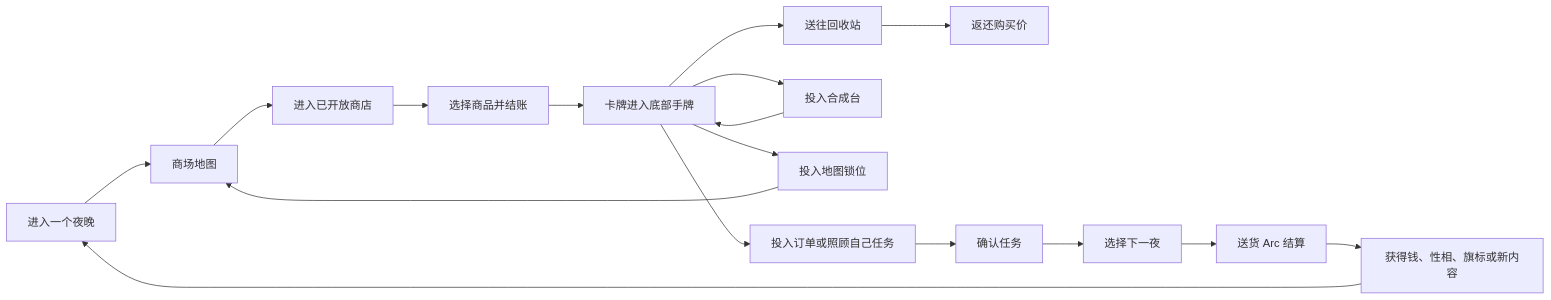
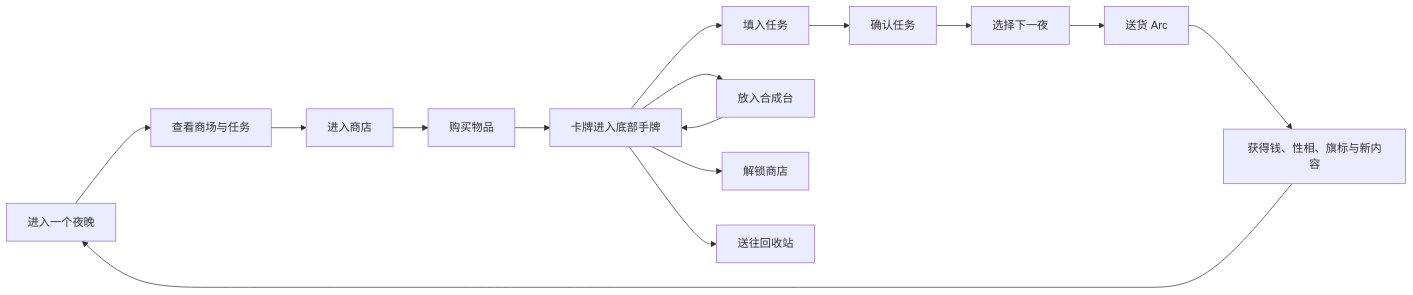
Before and after one commit to kmj-hamster/shopping: the diagram in docs/game-feature-design.md, drawn with Mermaid. The commit also changed other lines of this file, not shown here.

````diff
--- a/docs/game-feature-design.md
+++ b/docs/game-feature-design.md
@@ -23,19 +21,17 @@
 ```mermaid
 flowchart LR
-    A["进入一个夜晚"] --> B["商场地图"]
-    B --> C["进入已开放商店"]
-    C --> D["选择商品并结账"]
+    A["进入一个夜晚"] --> B["查看商场与任务"]
+    B --> C["进入商店"]
+    C --> D["购买物品"]
     D --> E["卡牌进入底部手牌"]
-    E --> F["投入订单或照顾自己任务"]
-    E --> G["投入合成台"]
-    E --> H["投入地图锁位"]
+    E --> F["填入任务"]
+    E --> G["放入合成台"]
+    E --> H["解锁商店"]
     E --> I["送往回收站"]
     G --> E
-    H --> B
-    I --> J["返还购买价"]
-    F --> K["确认任务"]
-    K --> L["选择下一夜"]
-    L --> M["送货 Arc 结算"]
-    M --> N["获得钱、性相、旗标或新内容"]
-    N --> A
+    F --> J["确认任务"]
+    J --> K["选择下一夜"]
+    K --> L["送货 Arc"]
+    L --> M["获得钱、性相、旗标与新内容"]
+    M --> A
 ```
````
